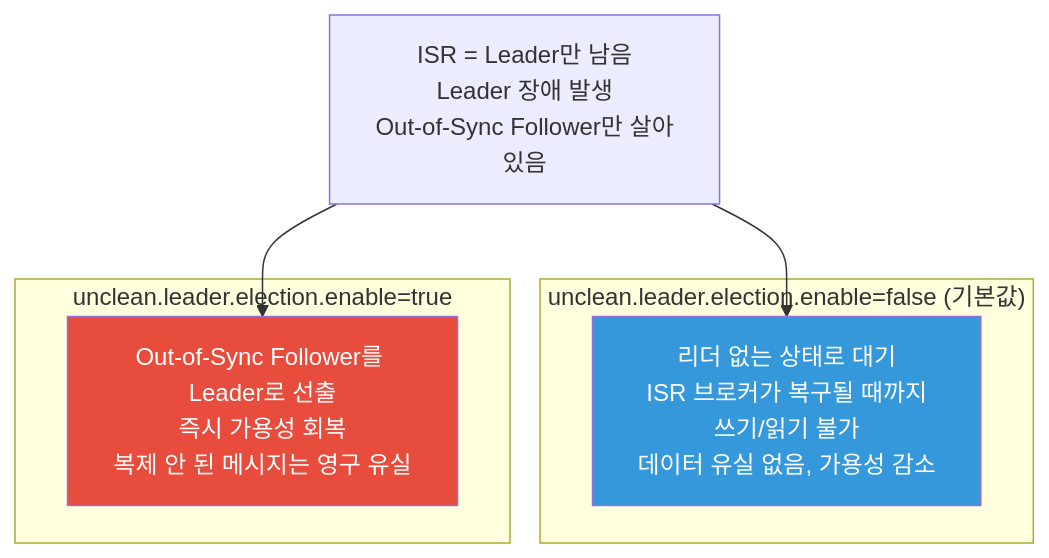
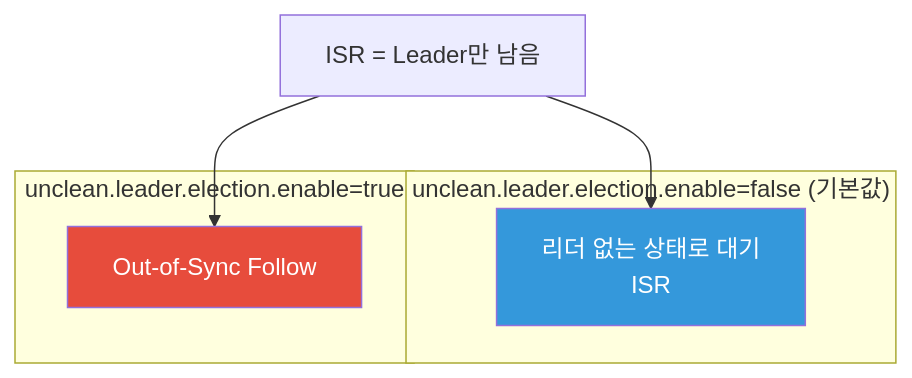
Before and after one commit to yjkim2015/yjkim2015.github.io: the seventh of 8 diagrams in _posts/kafka/2026-05-01-kafka-replication.md, drawn with Mermaid. The commit also changed other lines of this file and 271 other files, not shown here.

First line of the commit message:
Mermaid 라벨 축소: 긴 노드 텍스트 18자 이하로 트림 + \n 제거

````diff
--- a/_posts/kafka/2026-05-01-kafka-replication.md
+++ b/_posts/kafka/2026-05-01-kafka-replication.md
@@ -233,14 +233,14 @@
 ```mermaid
 flowchart TD
-    CRISIS["ISR = Leader만 남음\nLeader 장애 발생\nOut-of-Sync Follower만 살아있음"]
+    CRISIS["ISR = Leader만 남음\n"]
     subgraph "unclean.leader.election.enable=false (기본값)"
-        F1["리더 없는 상태로 대기\nISR 브로커가 복구될 때까지\n쓰기/읽기 불가\n데이터 유실 없음, 가용성 감소"]
+        F1["리더 없는 상태로 대기\nISR"]
     end
     subgraph "unclean.leader.election.enable=true"
-        F2["Out-of-Sync Follower를 Leader로 선출\n즉시 가용성 회복\n복제 안 된 메시지는 영구 유실"]
+        F2["Out-of-Sync Follow"]
     end
     CRISIS --> F1
     CRISIS --> F2
     style F1 fill:#3498db,color:#fff
     style F2 fill:#e74c3c,color:#fff
 ```
````
